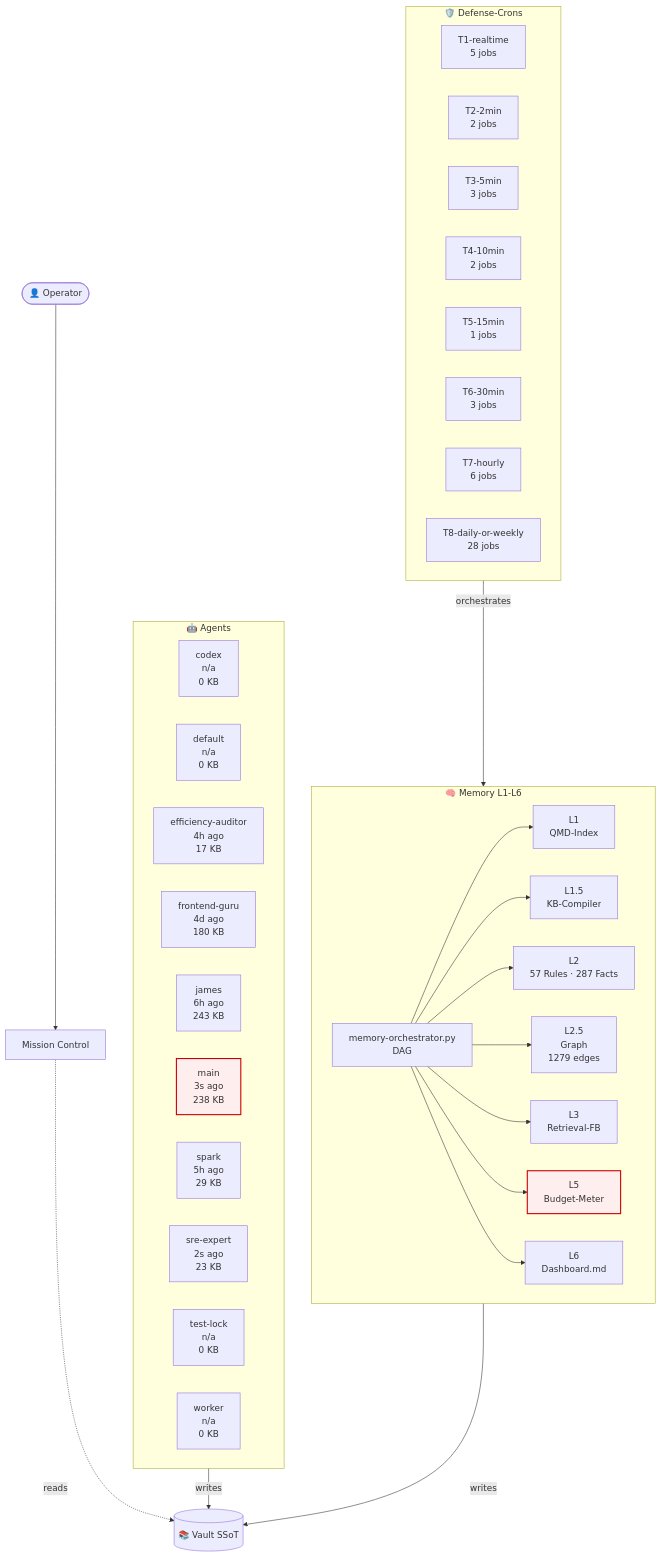
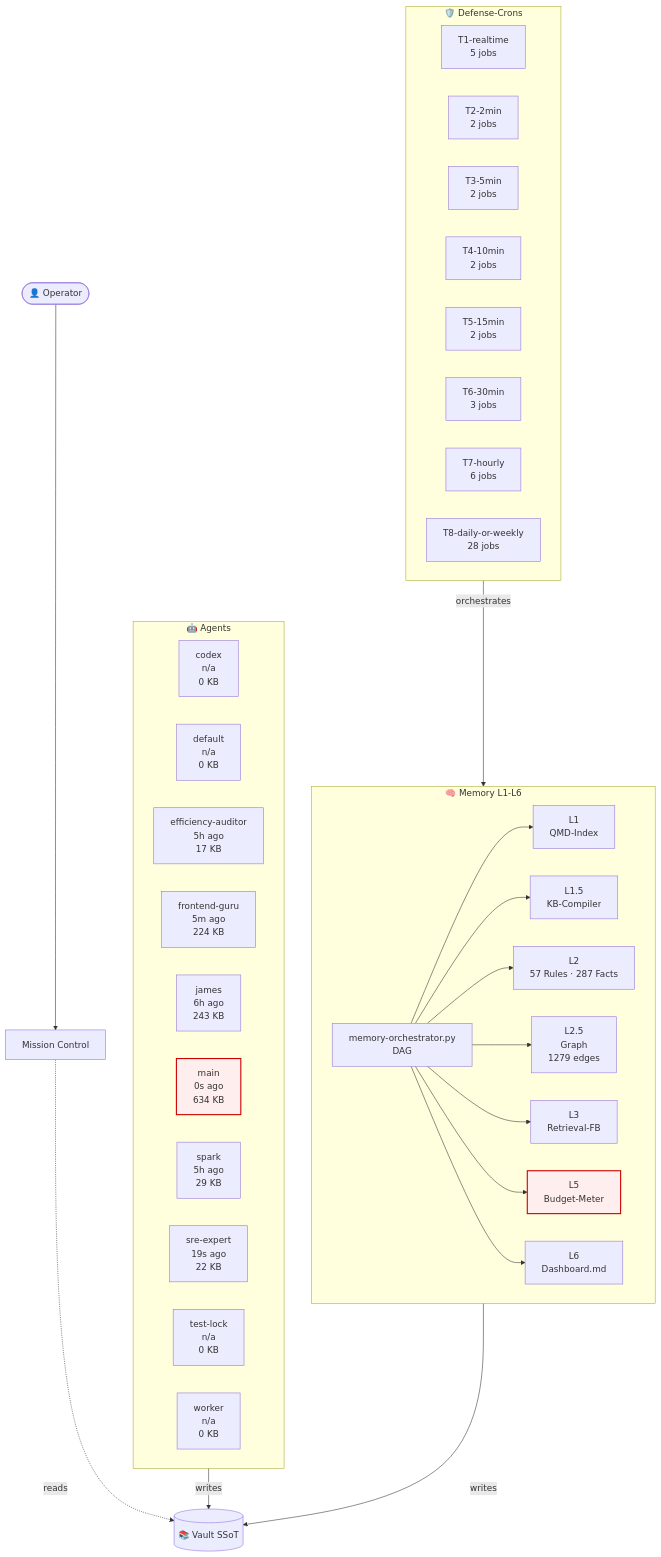
One commit to lenardhuebner88-rgb/openclaw-memory changed the diagram in 03-Agents/architecture-live.md. Above: the diagram before and after it, drawn with Mermaid. The commit also changed other lines of this file and 5 other files, not shown here.

````diff
--- a/03-Agents/architecture-live.md
+++ b/03-Agents/architecture-live.md
@@ -18,53 +18,53 @@
 ```mermaid
 flowchart TB
     classDef critical fill:#fee,stroke:#c00,stroke-width:2px;
     subgraph AGT["🤖 Agents"]
         agent_codex["codex<br/>n/a<br/>0 KB"]
         agent_default["default<br/>n/a<br/>0 KB"]
-        agent_efficiency_auditor["efficiency-auditor<br/>4h ago<br/>17 KB"]
-        agent_frontend_guru["frontend-guru<br/>4d ago<br/>180 KB"]
+        agent_efficiency_auditor["efficiency-auditor<br/>5h ago<br/>17 KB"]
+        agent_frontend_guru["frontend-guru<br/>5m ago<br/>224 KB"]
         agent_james["james<br/>6h ago<br/>243 KB"]
-        agent_main["main<br/>3s ago<br/>238 KB"]
+        agent_main["main<br/>0s ago<br/>634 KB"]
         agent_spark["spark<br/>5h ago<br/>29 KB"]
-        agent_sre_expert["sre-expert<br/>2s ago<br/>23 KB"]
+        agent_sre_expert["sre-expert<br/>19s ago<br/>22 KB"]
         agent_test_lock["test-lock<br/>n/a<br/>0 KB"]
         agent_worker["worker<br/>n/a<br/>0 KB"]
     end
     subgraph MEM["🧠 Memory L1-L6"]
         L1["L1<br/>QMD-Index"]
         L15["L1.5<br/>KB-Compiler"]
         L2["L2<br/>57 Rules · 287 Facts"]
         L25["L2.5<br/>Graph<br/>1279 edges"]
         L3["L3<br/>Retrieval-FB"]
         L5["L5<br/>Budget-Meter"]
         L6["L6<br/>Dashboard.md"]
         ORCH["memory-orchestrator.py<br/>DAG"]
     end
     subgraph CRN["🛡️ Defense-Crons"]
         tier_T1_realtime["T1-realtime<br/>5 jobs"]
         tier_T2_2min["T2-2min<br/>2 jobs"]
-        tier_T3_5min["T3-5min<br/>3 jobs"]
+        tier_T3_5min["T3-5min<br/>2 jobs"]
         tier_T4_10min["T4-10min<br/>2 jobs"]
-        tier_T5_15min["T5-15min<br/>1 jobs"]
+        tier_T5_15min["T5-15min<br/>2 jobs"]
         tier_T6_30min["T6-30min<br/>3 jobs"]
         tier_T7_hourly["T7-hourly<br/>6 jobs"]
         tier_T8_daily_or_weekly["T8-daily-or-weekly<br/>28 jobs"]
     end
     VAULT[("📚 Vault SSoT")]
     OP([👤 Operator])
     MC["Mission Control"]
     OP --> MC
     MC -.reads.-> VAULT
     AGT -->|writes| VAULT
     MEM -->|writes| VAULT
     ORCH --> L1
     ORCH --> L15
     ORCH --> L2
     ORCH --> L25
     ORCH --> L3
     ORCH --> L5
     ORCH --> L6
     CRN -->|orchestrates| MEM
     class L5 critical
     class agent_main critical
 ```
````
